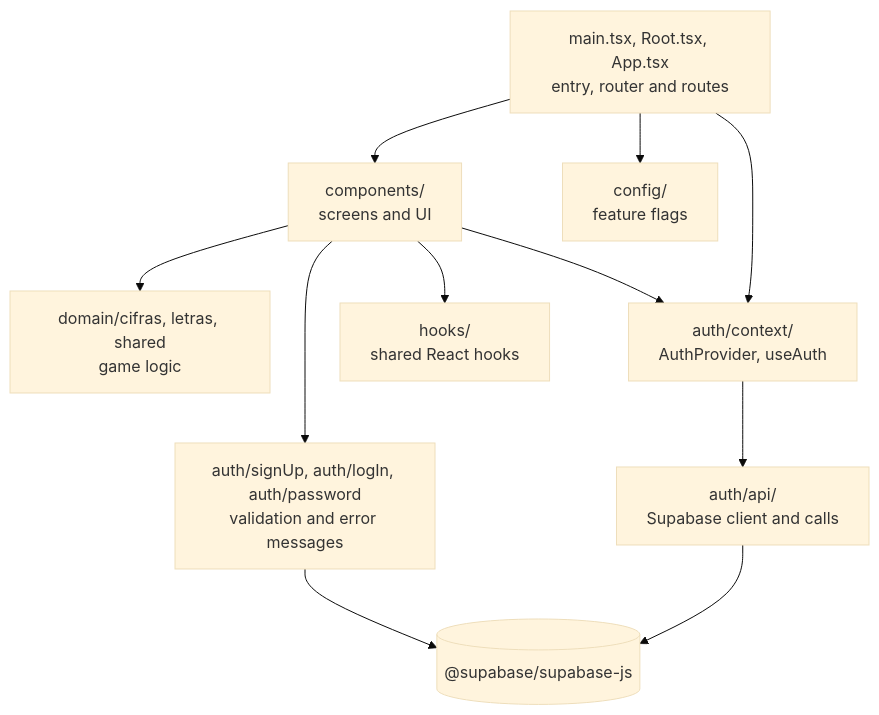
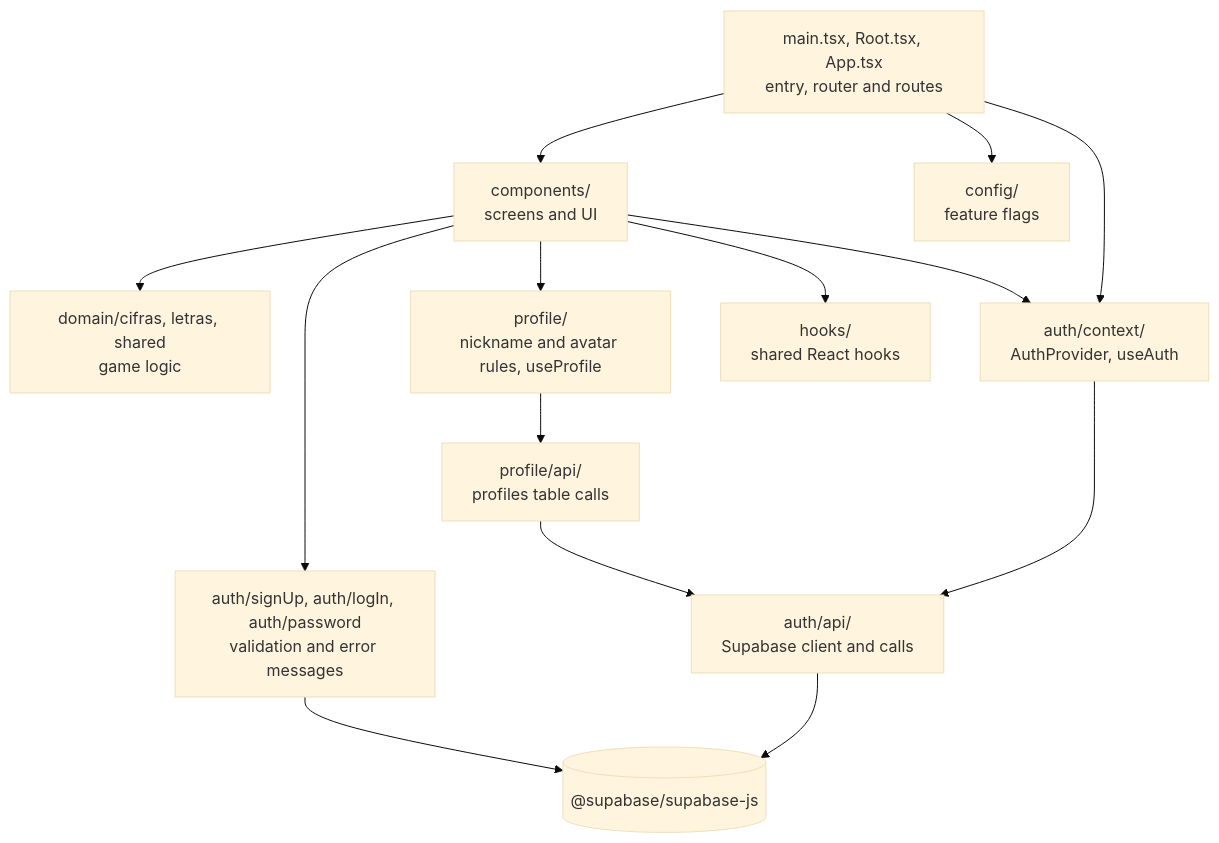
Before and after one commit to MatiCoding/calculetra: the second of 2 diagrams in docs/architecture.md, drawn with Mermaid (base theme). The commit also changed other lines of this file and 5 other files, not shown here.

First line of the commit message:
docs: document the profiles table and the avatar

````diff
--- a/docs/architecture.md
+++ b/docs/architecture.md
@@ -56,23 +58,28 @@
 ```mermaid
 flowchart TD
     entry["main.tsx, Root.tsx, App.tsx<br/>entry, router and routes"]
     components["components/<br/>screens and UI"]
     domain["domain/cifras, letras, shared<br/>game logic"]
     authContext["auth/context/<br/>AuthProvider, useAuth"]
     authForms["auth/signUp, auth/logIn, auth/password<br/>validation and error messages"]
     authApi["auth/api/<br/>Supabase client and calls"]
+    profile["profile/<br/>nickname and avatar rules, useProfile"]
+    profileApi["profile/api/<br/>profiles table calls"]    
     config["config/<br/>feature flags"]
     hooks["hooks/<br/>shared React hooks"]
     supabaseLib[("@supabase/supabase-js")]
 
     entry --> components
     entry --> authContext
     entry --> config
     components --> domain
     components --> authContext
     components --> authForms
     components --> hooks
     authContext --> authApi
     authApi --> supabaseLib
     authForms --> supabaseLib
+    components --> profile
+    profile --> profileApi
+    profileApi --> authApi    
 ```
````
